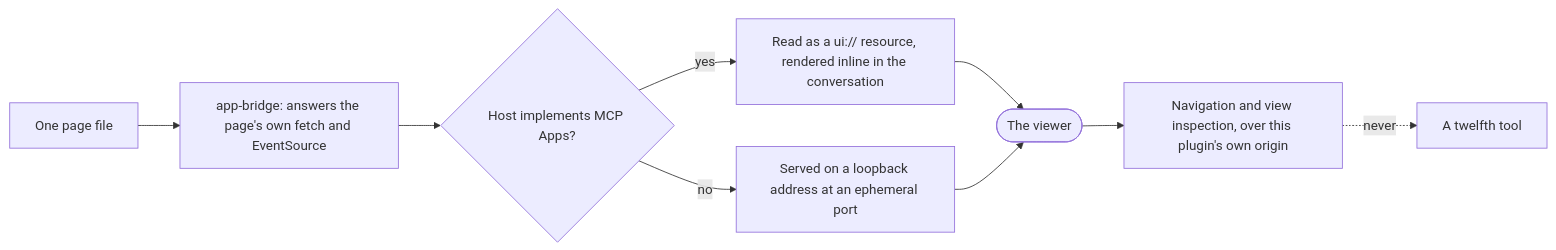
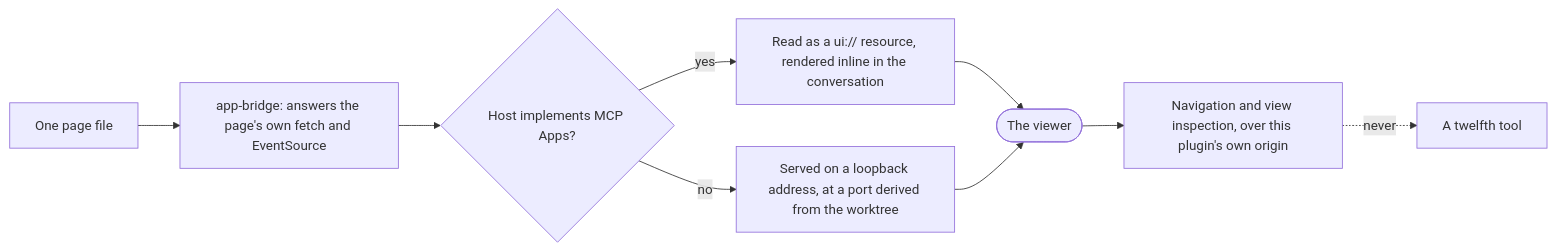
Before and after one commit to JSdotNet/devbook: the third of 3 diagrams in .devbook/arc42/building-blocks/delivery-surface-dashboard.md, drawn with Mermaid. The commit also changed other lines of this file and 3 other files, not shown here.

````diff
--- a/.devbook/arc42/building-blocks/delivery-surface-dashboard.md
+++ b/.devbook/arc42/building-blocks/delivery-surface-dashboard.md
@@ -408,11 +408,11 @@
 ```mermaid
 flowchart LR
     page["One page file"] --> bridge["app-bridge: answers the page's own fetch and EventSource"]
     bridge --> mcpApps{"Host implements MCP Apps?"}
     mcpApps -->|yes| inline["Read as a ui:// resource, rendered inline in the conversation"]
-    mcpApps -->|no| loopback["Served on a loopback address at an ephemeral port"]
+    mcpApps -->|no| loopback["Served on a loopback address, at a port derived from the worktree"]
     inline --> viewer(["The viewer"])
     loopback --> viewer
     viewer --> nav["Navigation and view inspection, over this plugin's own origin"]
     nav -.->|"never"| tools["A twelfth tool"]
 ```
````
